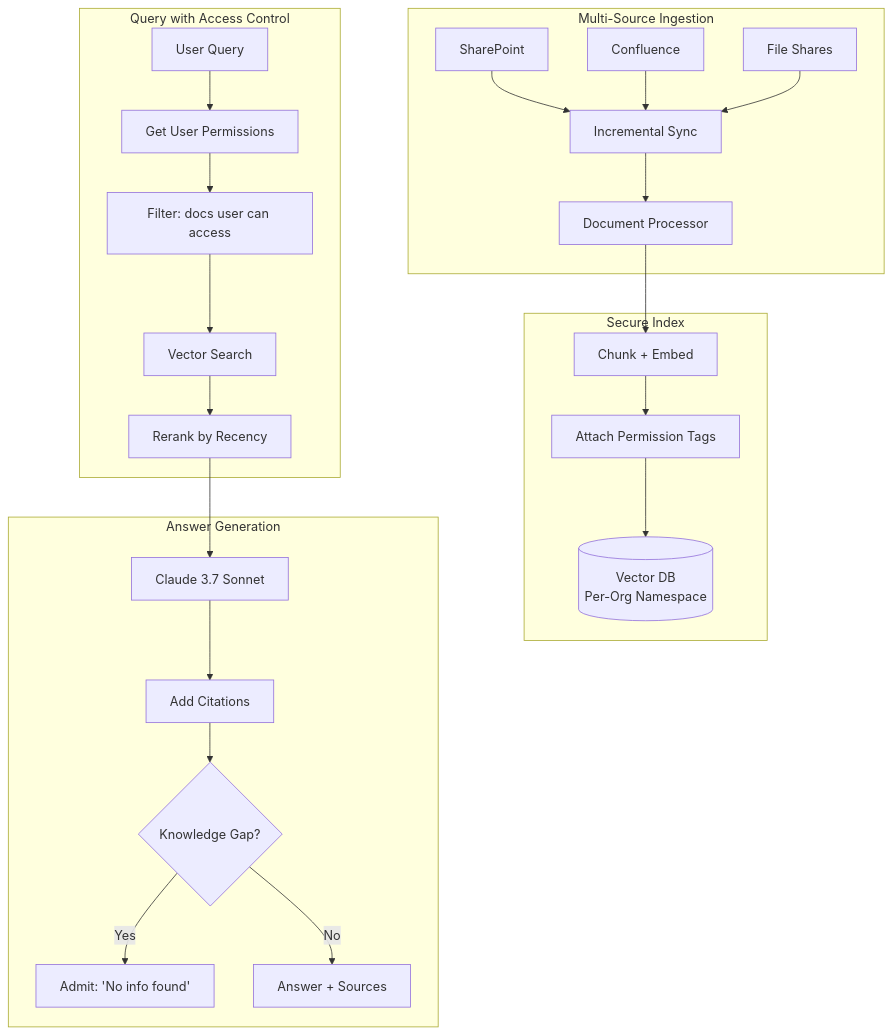
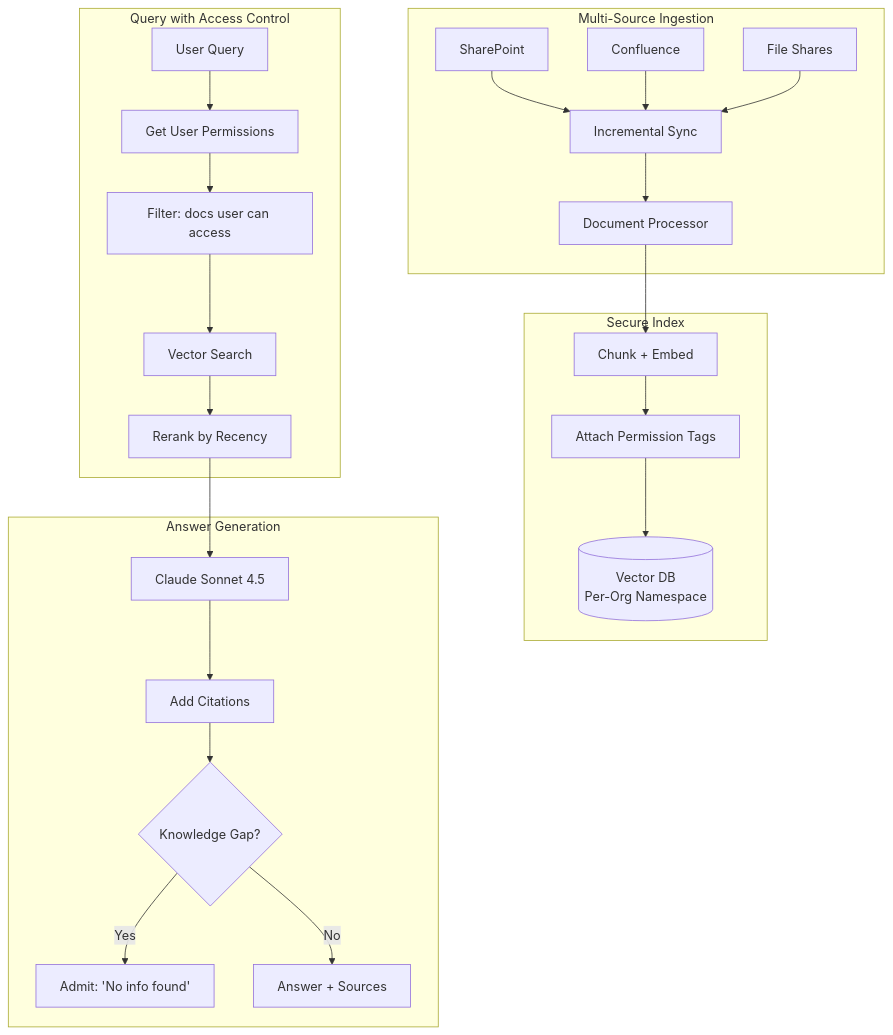
The first of 2 diagrams in 16-case-studies/15-knowledge-management.md (SyedMoasib000/ai-system-design-guide), drawn with Mermaid before and after one commit. The commit also changed 21 other files, not shown here.

Commit message:
docs: update model references to verified Dec 2025 names (GPT-5.2, Claude Sonnet 4.5)

````diff
--- a/16-case-studies/15-knowledge-management.md
+++ b/16-case-studies/15-knowledge-management.md
@@ -24,30 +24,30 @@
 ```mermaid
 flowchart TB
     subgraph Ingest["Multi-Source Ingestion"]
         SP[SharePoint] --> SYNC[Incremental Sync]
         CONF[Confluence] --> SYNC
         FS[File Shares] --> SYNC
         SYNC --> PROCESS[Document Processor]
     end
 
     subgraph Index["Secure Index"]
         PROCESS --> CHUNK[Chunk + Embed]
         CHUNK --> PERMISSIONS[Attach Permission Tags]
         PERMISSIONS --> VECTOR[(Vector DB<br/>Per-Org Namespace)]
     end
 
     subgraph Query["Query with Access Control"]
         USER[User Query] --> AUTH[Get User Permissions]
         AUTH --> FILTER[Filter: docs user can access]
         FILTER --> SEARCH[Vector Search]
         SEARCH --> RERANK[Rerank by Recency]
     end
 
     subgraph Generate["Answer Generation"]
-        RERANK --> LLM[Claude 3.7 Sonnet]
+        RERANK --> LLM[Claude Sonnet 4.5]
         LLM --> CITE[Add Citations]
         CITE --> GAP{Knowledge Gap?}
         GAP -->|Yes| ADMIT[Admit: 'No info found']
         GAP -->|No| ANSWER[Answer + Sources]
     end
 ```
````
